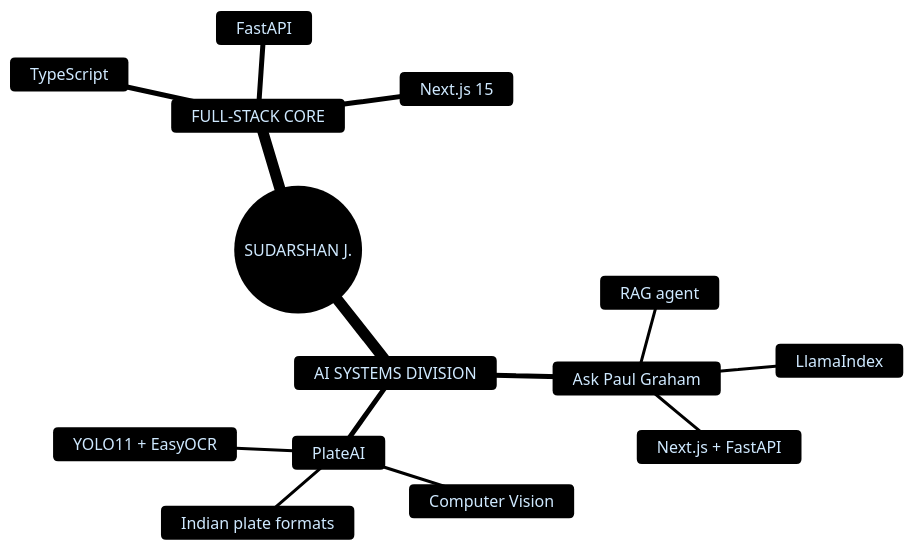
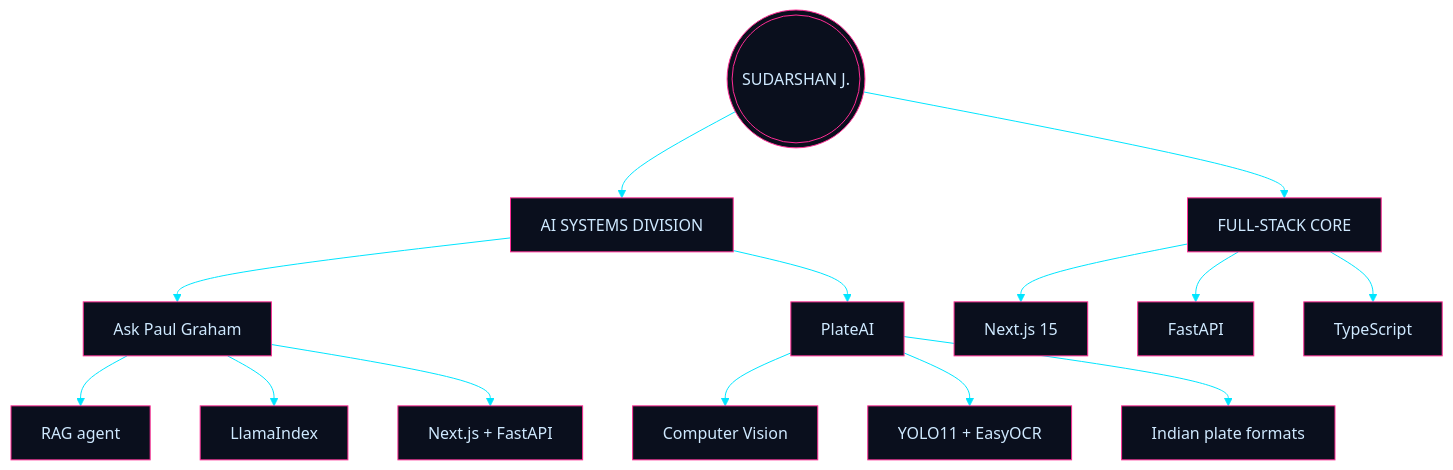
One commit to SudarshanJ20/SudarshanJ20 changed the third of 5 diagrams in README.md. Above: the diagram before and after it, drawn with Mermaid.

Commit message:
fix(readme): convert PROJECT_GALAXY mindmap to graph TD
GitHub's mermaid renderer support for the `mindmap` diagram type is
inconsistent and falls back to raw-text rendering in some places.
Replace it with an equivalent `graph TD` hierarchy that shows the same
two divisions (AI SYSTEMS, FULL-STACK CORE) and project breakdowns,
using syntax GitHub renders reliably.

````diff
--- a/README.md
+++ b/README.md
@@ -103,18 +103,17 @@
 ```mermaid
 %%{init:{'theme':'base','themeVariables':{'primaryColor':'#0a0f1d','primaryTextColor':'#cfe9ff','primaryBorderColor':'#ff2d95','lineColor':'#00e5ff','fontFamily':'Fira Code, monospace'}}}%%
-mindmap
-  root((SUDARSHAN J.))
-    AI SYSTEMS DIVISION
-      Ask Paul Graham
-        RAG agent
-        LlamaIndex
-        Next.js + FastAPI
-      PlateAI
-        Computer Vision
-        YOLO11 + EasyOCR
-        Indian plate formats
-    FULL-STACK CORE
-      Next.js 15
-      FastAPI
-      TypeScript
+graph TD
+    R(((SUDARSHAN J.))) --> AID[AI SYSTEMS DIVISION]
+    R --> FSC[FULL-STACK CORE]
+    AID --> APG[Ask Paul Graham]
+    AID --> PA[PlateAI]
+    APG --> APG1[RAG agent]
+    APG --> APG2[LlamaIndex]
+    APG --> APG3[Next.js + FastAPI]
+    PA --> PA1[Computer Vision]
+    PA --> PA2[YOLO11 + EasyOCR]
+    PA --> PA3[Indian plate formats]
+    FSC --> FS1[Next.js 15]
+    FSC --> FS2[FastAPI]
+    FSC --> FS3[TypeScript]
 ```
````
